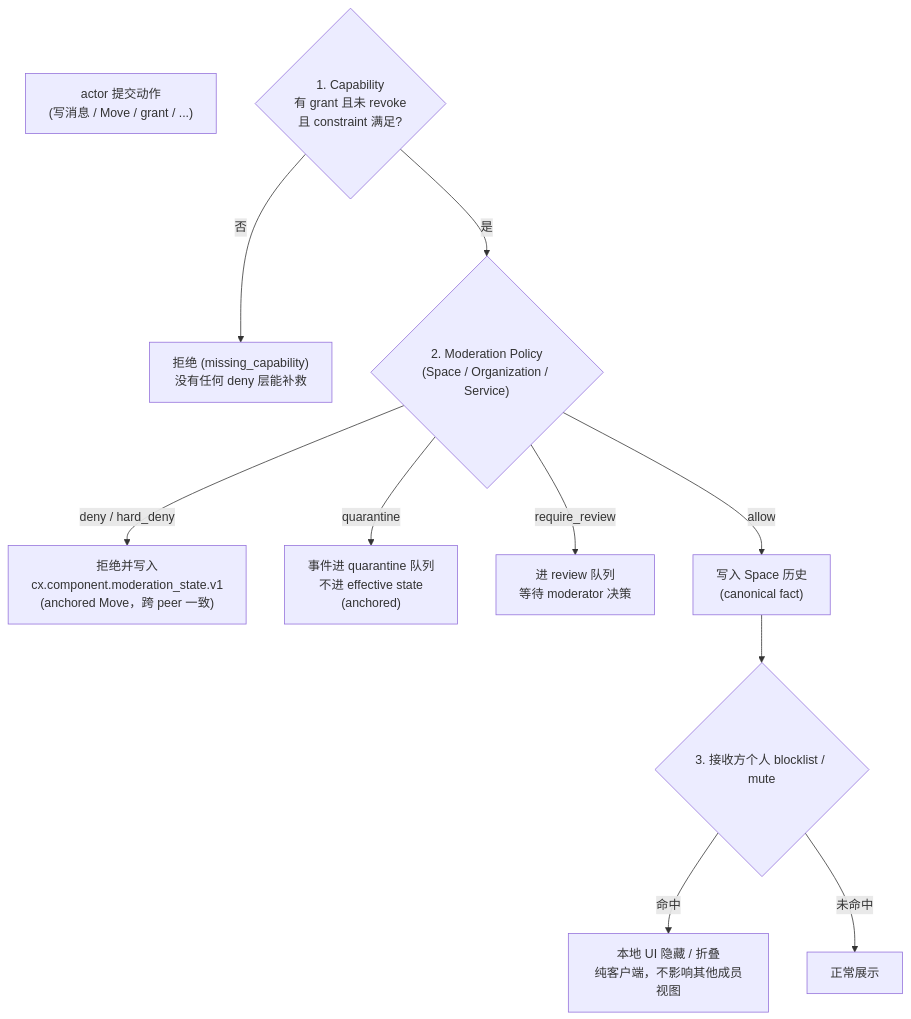
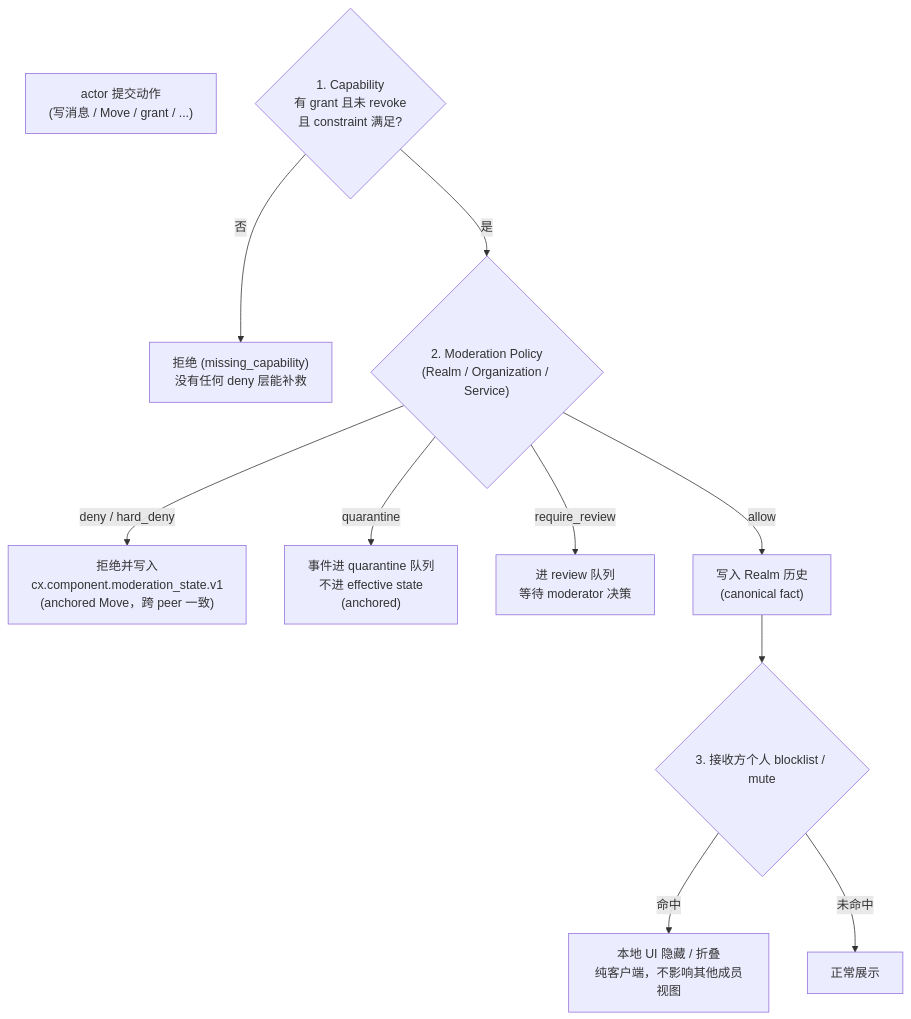
Before and after one commit to arkret-org/arkret-spec: the diagram in spec/v1/zh/governance/content-moderation.md, drawn with Mermaid. The commit also changed other lines of this file and 162 other files, not shown here.

Commit message:
Rework Realm and Space boundaries

````diff
--- a/spec/v1/zh/governance/content-moderation.md
+++ b/spec/v1/zh/governance/content-moderation.md
@@ -41,17 +41,17 @@
 ```mermaid
 flowchart TB
     Action["actor 提交动作<br>(写消息 / Move / grant / ...)"]
 
     Cap{"1. Capability<br>有 grant 且未 revoke<br>且 constraint 满足?"}
     Cap -- "否" --> DenyCap["拒绝 (missing_capability)<br>没有任何 deny 层能补救"]
-    Cap -- "是" --> Mod{"2. Moderation Policy<br>(Space / Organization / Service)"}
+    Cap -- "是" --> Mod{"2. Moderation Policy<br>(Realm / Organization / Service)"}
 
     Mod -- "deny / hard_deny" --> DenyMod["拒绝并写入<br>cx.component.moderation_state.v1<br>(anchored Move，跨 peer 一致)"]
     Mod -- "quarantine" --> Quar["事件进 quarantine 队列<br>不进 effective state<br>(anchored)"]
     Mod -- "require_review" --> Rev["进 review 队列<br>等待 moderator 决策"]
-    Mod -- "allow" --> Stored["写入 Space 历史<br>(canonical fact)"]
+    Mod -- "allow" --> Stored["写入 Realm 历史<br>(canonical fact)"]
 
     Stored --> View{"3. 接收方个人 blocklist / mute"}
     View -- "命中" --> Hidden["本地 UI 隐藏 / 折叠<br>纯客户端，不影响其他成员视图"]
     View -- "未命中" --> Show["正常展示"]
 ```
````
